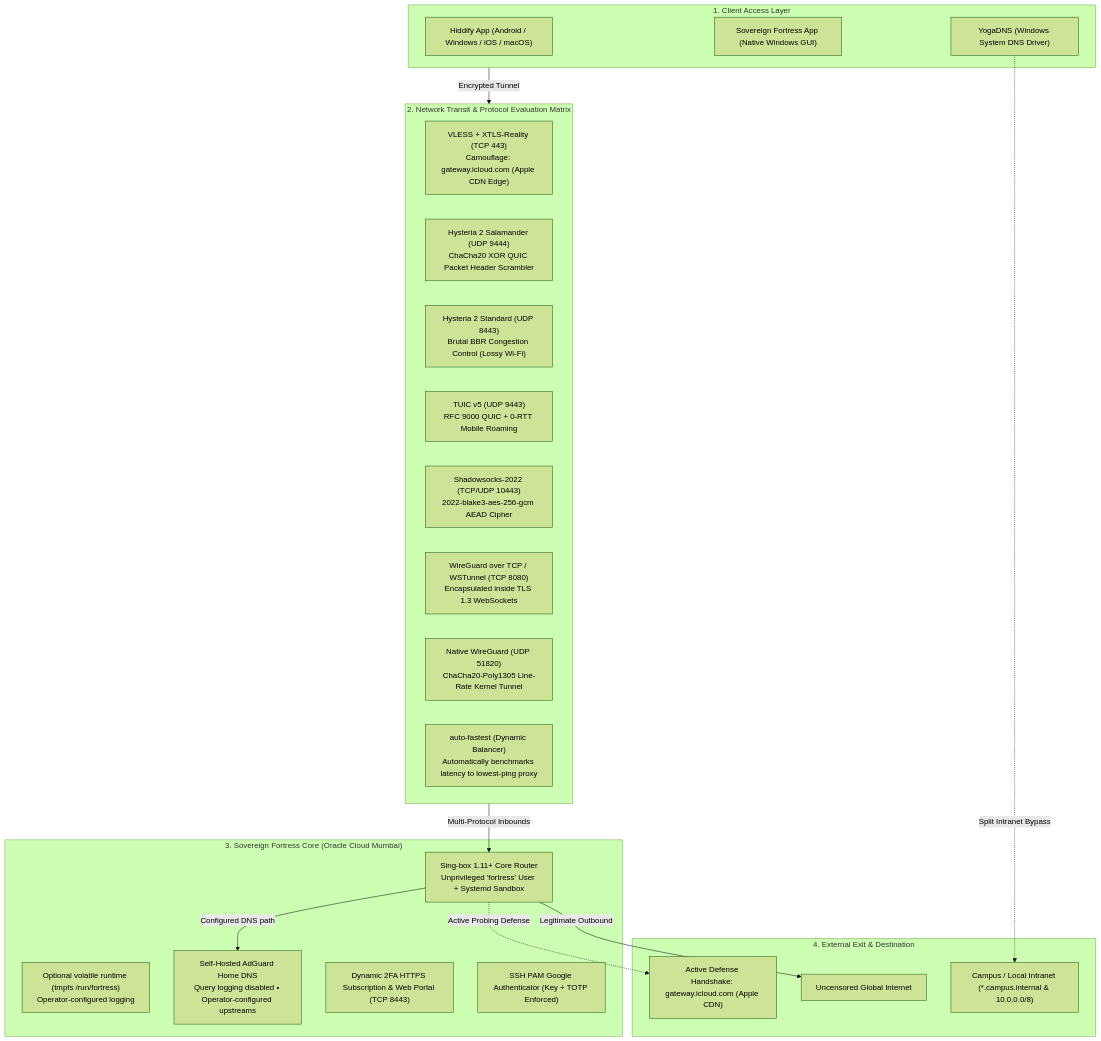
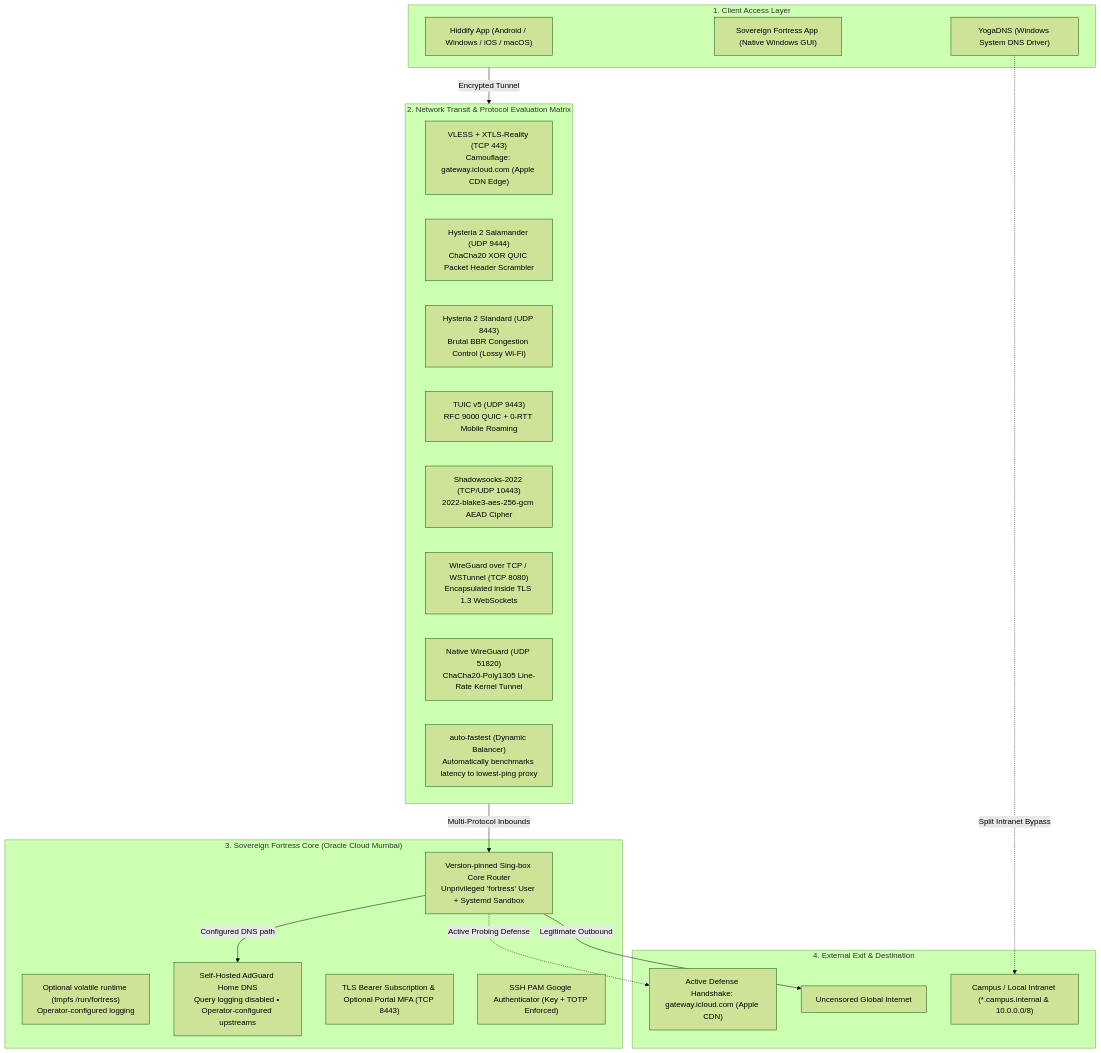
Before and after one commit to harsh593-boop/sovereign-fortress: the first of 3 diagrams in README.md, drawn with Mermaid (forest theme). The commit also changed other lines of this file and 40 other files, not shown here.

````diff
--- a/README.md
+++ b/README.md
@@ -30,40 +66,40 @@
 ```mermaid
 flowchart TD
     subgraph ClientLayer["1. Client Access Layer"]
         Hiddify["Hiddify App (Android / Windows / iOS / macOS)"]
         NativeApp["Sovereign Fortress App (Native Windows GUI)"]
         YogaDNS["YogaDNS (Windows System DNS Driver)"]
     end
 
     subgraph DefenseGrid["2. Network Transit & Protocol Evaluation Matrix"]
         Reality["VLESS + XTLS-Reality (TCP 443)\nCamouflage: gateway.icloud.com (Apple CDN Edge)"]
         Salamander["Hysteria 2 Salamander (UDP 9444)\nChaCha20 XOR QUIC Packet Header Scrambler"]
         Hy2Std["Hysteria 2 Standard (UDP 8443)\nBrutal BBR Congestion Control (Lossy Wi-Fi)"]
         TUIC["TUIC v5 (UDP 9443)\nRFC 9000 QUIC + 0-RTT Mobile Roaming"]
         Shadowsocks["Shadowsocks-2022 (TCP/UDP 10443)\n2022-blake3-aes-256-gcm AEAD Cipher"]
         WSTunnel["WireGuard over TCP / WSTunnel (TCP 8080)\nEncapsulated inside TLS 1.3 WebSockets"]
         NativeWG["Native WireGuard (UDP 51820)\nChaCha20-Poly1305 Line-Rate Kernel Tunnel"]
         AutoFast["auto-fastest (Dynamic Balancer)\nAutomatically benchmarks latency to lowest-ping proxy"]
     end
 
     subgraph CoreEngine["3. Sovereign Fortress Core (Oracle Cloud Mumbai)"]
          RAMFS["Optional volatile runtime (tmpfs /run/fortress)\nOperator-configured logging"]
-        Singbox["Sing-box 1.11+ Core Router\nUnprivileged 'fortress' User + Systemd Sandbox"]
+        Singbox["Version-pinned Sing-box Core Router\nUnprivileged 'fortress' User + Systemd Sandbox"]
          AdGuard["Self-Hosted AdGuard Home DNS\nQuery logging disabled • Operator-configured upstreams"]
-        SubDaemon["Dynamic 2FA HTTPS Subscription & Web Portal (TCP 8443)"]
+        SubDaemon["TLS Bearer Subscription & Optional Portal MFA (TCP 8443)"]
         PAM2FA["SSH PAM Google Authenticator (Key + TOTP Enforced)"]
     end
 
     subgraph InternetExit["4. External Exit & Destination"]
         Decoy["Active Defense Handshake: gateway.icloud.com (Apple CDN)"]
         PublicWeb["Uncensored Global Internet"]
         CampusLAN["Campus / Local Intranet (*.campus.internal & 10.0.0.0/8)"]
     end
 
     ClientLayer -->|Encrypted Tunnel| DefenseGrid
     YogaDNS -.->|Split Intranet Bypass| CampusLAN
     DefenseGrid -->|Multi-Protocol Inbounds| Singbox
      Singbox -->|Configured DNS path| AdGuard
     Singbox -->|Legitimate Outbound| PublicWeb
     Singbox -.->|Active Probing Defense| Decoy
 ```
````
